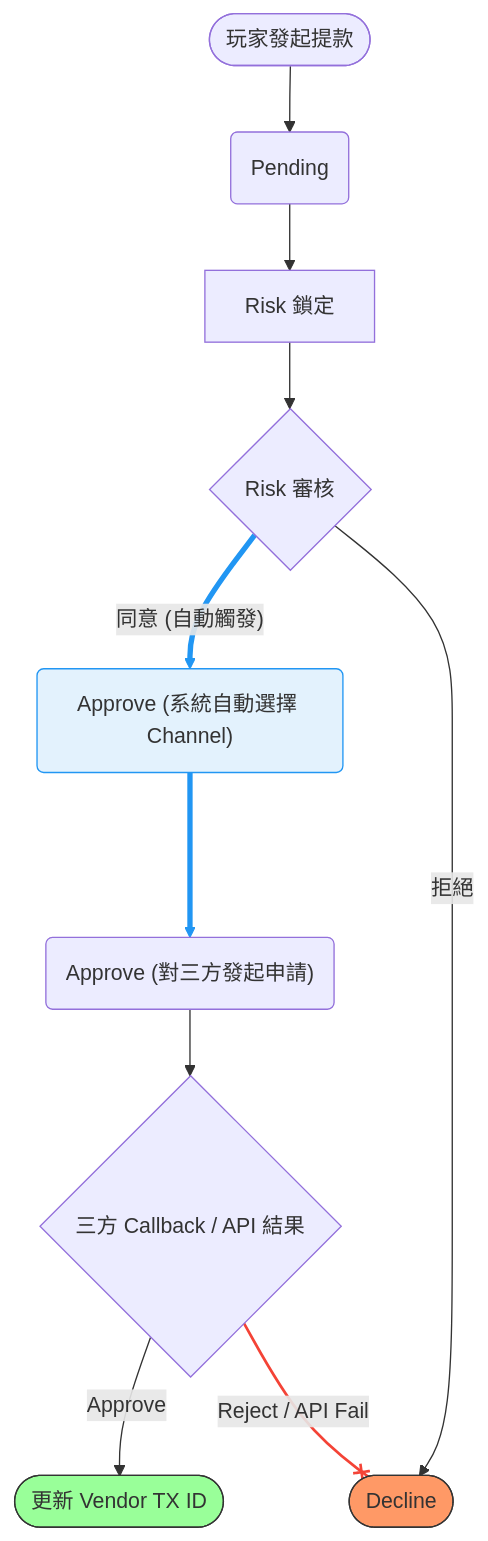
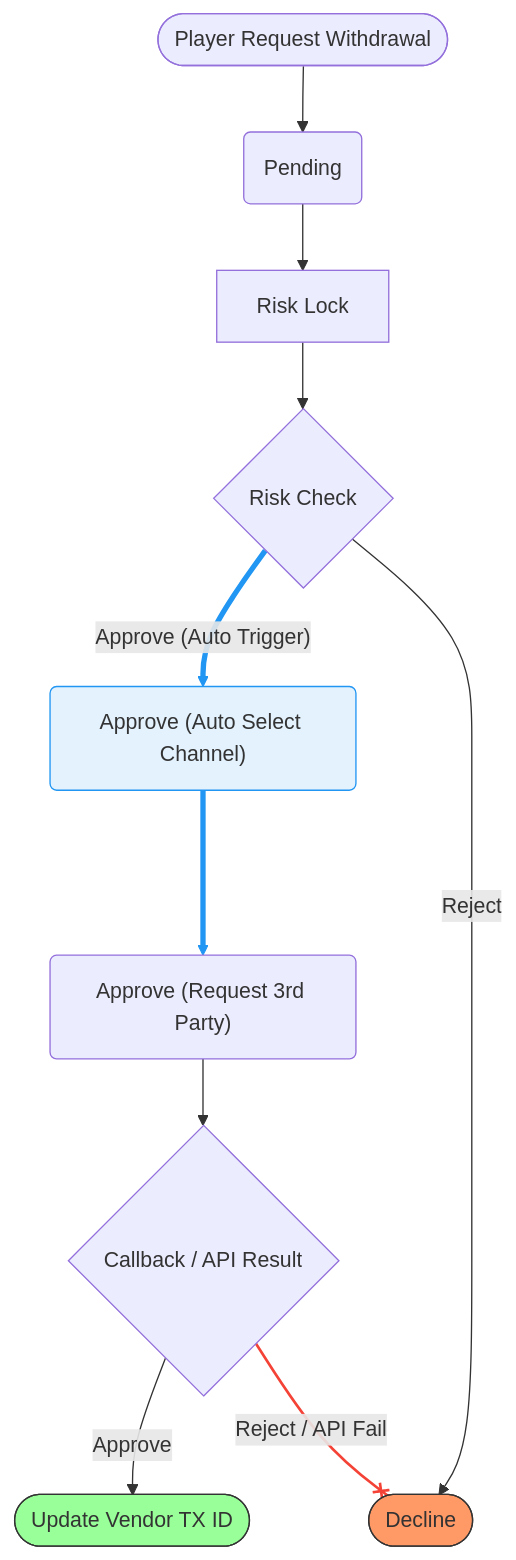
The second of 2 diagrams in no99_archive/sitflowchart.md (almightyken0425/SuSuGiGiSpec), drawn with Mermaid before and after one commit. The commit also changed other lines of this file, not shown here.

````diff
--- a/no99_archive/sitflowchart.md
+++ b/no99_archive/sitflowchart.md
@@ -73,50 +73,50 @@
 ```mermaid
 graph TD
     %% 節點定義
-    StartAuto(["玩家發起提款"])
+    StartAuto(["Player Request Withdrawal"])
     PendingAuto("Pending")
-    RiskLockAuto["Risk 鎖定"]
-    RiskActionAuto{"Risk 審核"}
-    ApproveAuto("Approve (系統自動選擇 Channel)")
-    ApproveReqAuto("Approve (對三方發起申請)")
+    RiskLockAuto["Risk Lock"]
+    RiskActionAuto{"Risk Check"}
+    ApproveAuto("Approve (Auto Select Channel)")
+    ApproveReqAuto("Approve (Request 3rd Party)")
     DeclineAuto(["Decline"])
-    SuccessAuto(["更新 Vendor TX ID"])
-    CallbackAuto{"三方 Callback / API 結果"}
+    SuccessAuto(["Update Vendor TX ID"])
+    CallbackAuto{"Callback / API Result"}
 
     StartAuto --> PendingAuto
     PendingAuto --> RiskLockAuto
     RiskLockAuto --> RiskActionAuto
     
     %% 高亮自動化路徑
-    RiskActionAuto ==>|"同意 (自動觸發)"| ApproveAuto
+    RiskActionAuto ==>|"Approve (Auto Trigger)"| ApproveAuto
     ApproveAuto ===> ApproveReqAuto
 
-    RiskActionAuto -->|"拒絕"| DeclineAuto
+    RiskActionAuto -->|"Reject"| DeclineAuto
     
     ApproveReqAuto --> CallbackAuto
 
     CallbackAuto -->|"Approve"| SuccessAuto
     
     %% 高亮報廢路徑
     CallbackAuto --x|"Reject / API Fail"| DeclineAuto
 
     %% 樣式與連結美化
     %% linkStyle 索引 (基於連接線出現順序):
     %% 0: StartAuto -> PendingAuto
     %% 1: PendingAuto -> RiskLockAuto
     %% 2: RiskLockAuto -> RiskActionAuto
     %% 3: RiskActionAuto ==> ApproveAuto
     %% 4: ApproveAuto ===> ApproveReqAuto
     %% 5: RiskActionAuto --> DeclineAuto
     %% 6: ApproveReqAuto --> CallbackAuto
     %% 7: CallbackAuto --> SuccessAuto
     %% 8: CallbackAuto --x DeclineAuto
 
     linkStyle 3 stroke:#2196f3,stroke-width:4px;
     linkStyle 4 stroke:#2196f3,stroke-width:4px;
     linkStyle 8 stroke:#f44336,stroke-width:2px;
 
     style DeclineAuto fill:#f96,stroke:#333
     style SuccessAuto fill:#9f9,stroke:#333
     style ApproveAuto fill:#e3f2fd,stroke:#2196f3
 ```
````
